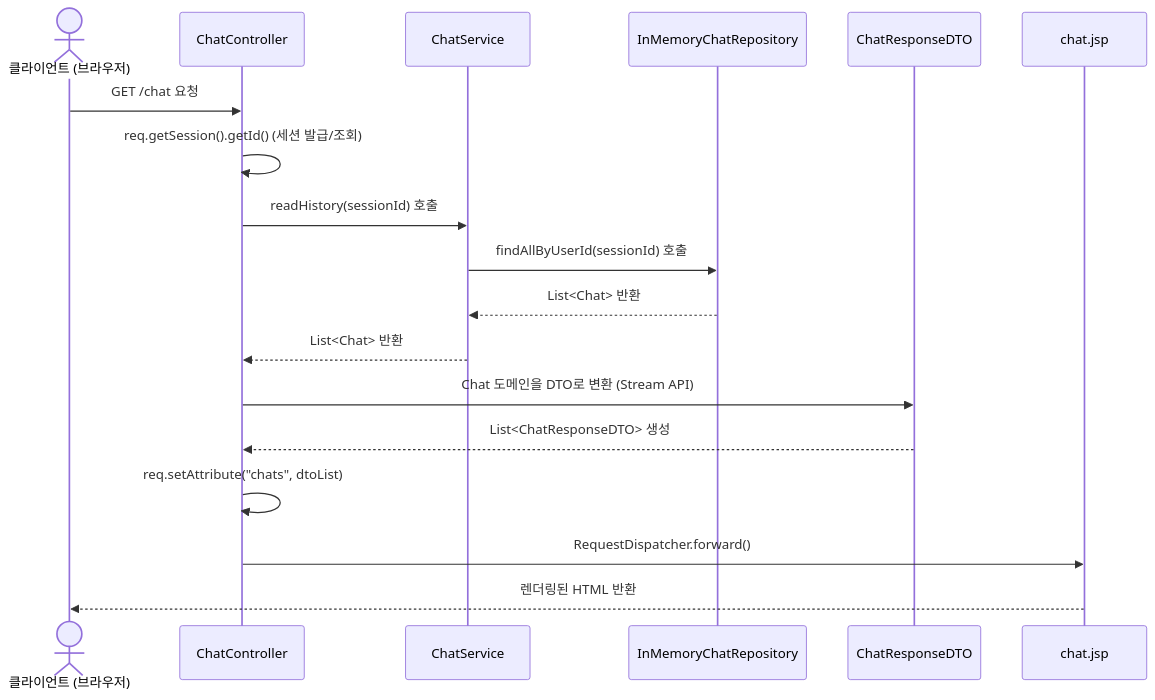
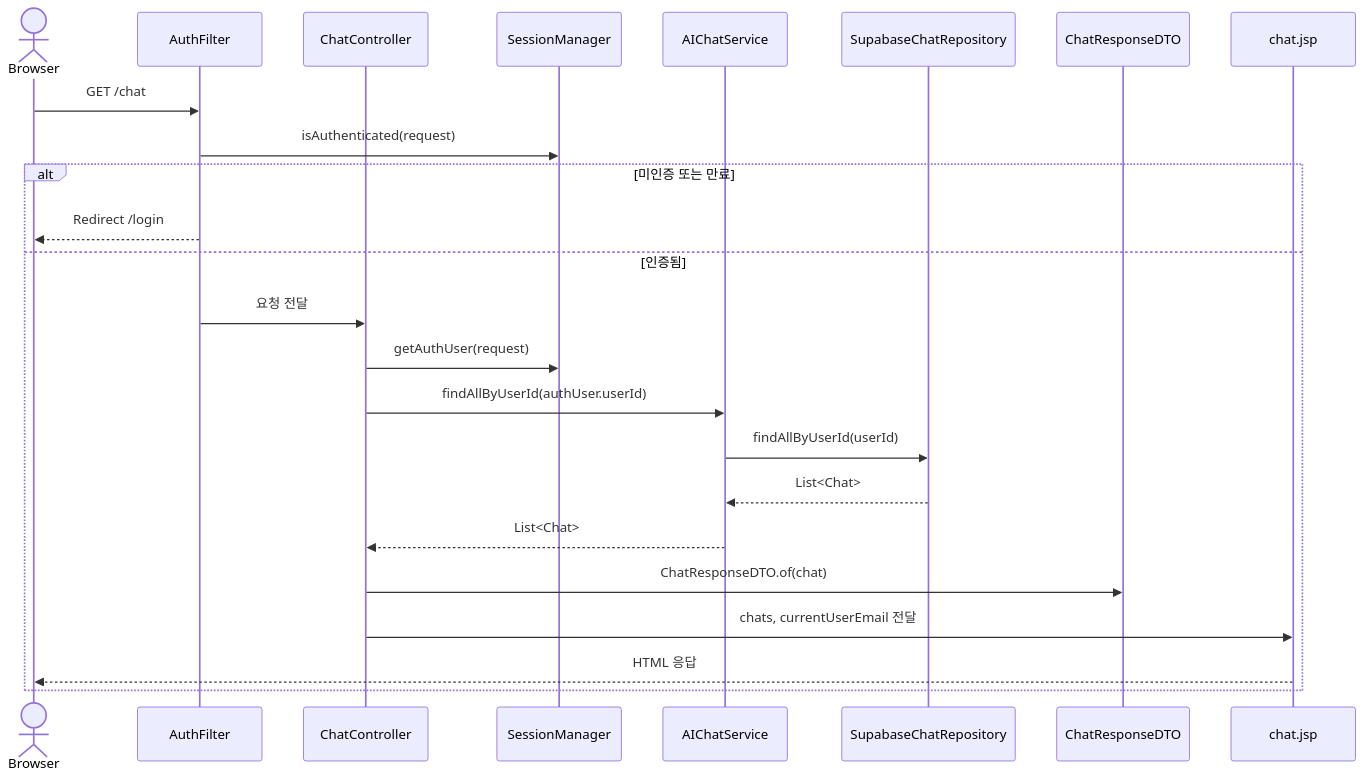
Before and after one commit to AIBE7-Dev2gether/mini_project_chatBot: the fourth of 5 diagrams in docs/dataFlow/data_flow.md, drawn with Mermaid. The commit also changed other lines of this file and 3 other files, not shown here.

````diff
--- a/docs/dataFlow/data_flow.md
+++ b/docs/dataFlow/data_flow.md
@@ -34,21 +89,27 @@
 ```mermaid
 sequenceDiagram
-    actor Client as 클라이언트 (브라우저)
-    participant Controller as ChatController
-    participant Service as ChatService
-    participant Repo as InMemoryChatRepository
+    actor Client as Browser
+    participant AuthFilter
+    participant ChatController
+    participant SessionManager
+    participant ChatService as AIChatService
+    participant ChatRepo as SupabaseChatRepository
     participant DTO as ChatResponseDTO
     participant View as chat.jsp
 
-    Client->>Controller: GET /chat 요청
-    Controller->>Controller: req.getSession().getId() (세션 발급/조회)
-    Controller->>Service: readHistory(sessionId) 호출
-    Service->>Repo: findAllByUserId(sessionId) 호출
-    Repo-->>Service: List<Chat> 반환
-    Service-->>Controller: List<Chat> 반환
-    Controller->>DTO: Chat 도메인을 DTO로 변환 (Stream API)
-    DTO-->>Controller: List<ChatResponseDTO> 생성
-    Controller->>Controller: req.setAttribute("chats", dtoList)
-    Controller->>View: RequestDispatcher.forward()
-    View-->>Client: 렌더링된 HTML 반환
+    Client->>AuthFilter: GET /chat
+    AuthFilter->>SessionManager: isAuthenticated(request)
+    alt 미인증 또는 만료
+        AuthFilter-->>Client: Redirect /login
+    else 인증됨
+        AuthFilter->>ChatController: 요청 전달
+        ChatController->>SessionManager: getAuthUser(request)
+        ChatController->>ChatService: findAllByUserId(authUser.userId)
+        ChatService->>ChatRepo: findAllByUserId(userId)
+        ChatRepo-->>ChatService: List<Chat>
+        ChatService-->>ChatController: List<Chat>
+        ChatController->>DTO: ChatResponseDTO.of(chat)
+        ChatController->>View: chats, currentUserEmail 전달
+        View-->>Client: HTML 응답
+    end
 ```
````
